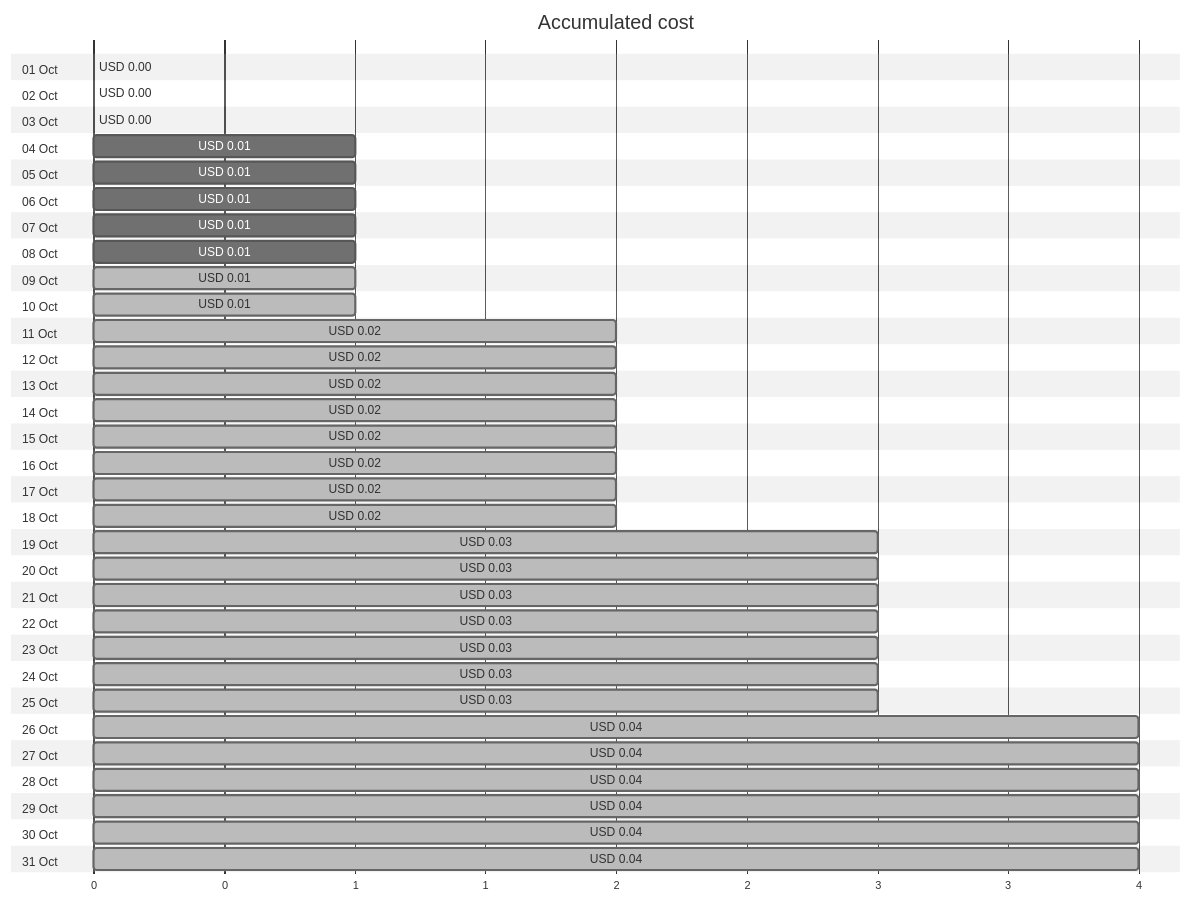
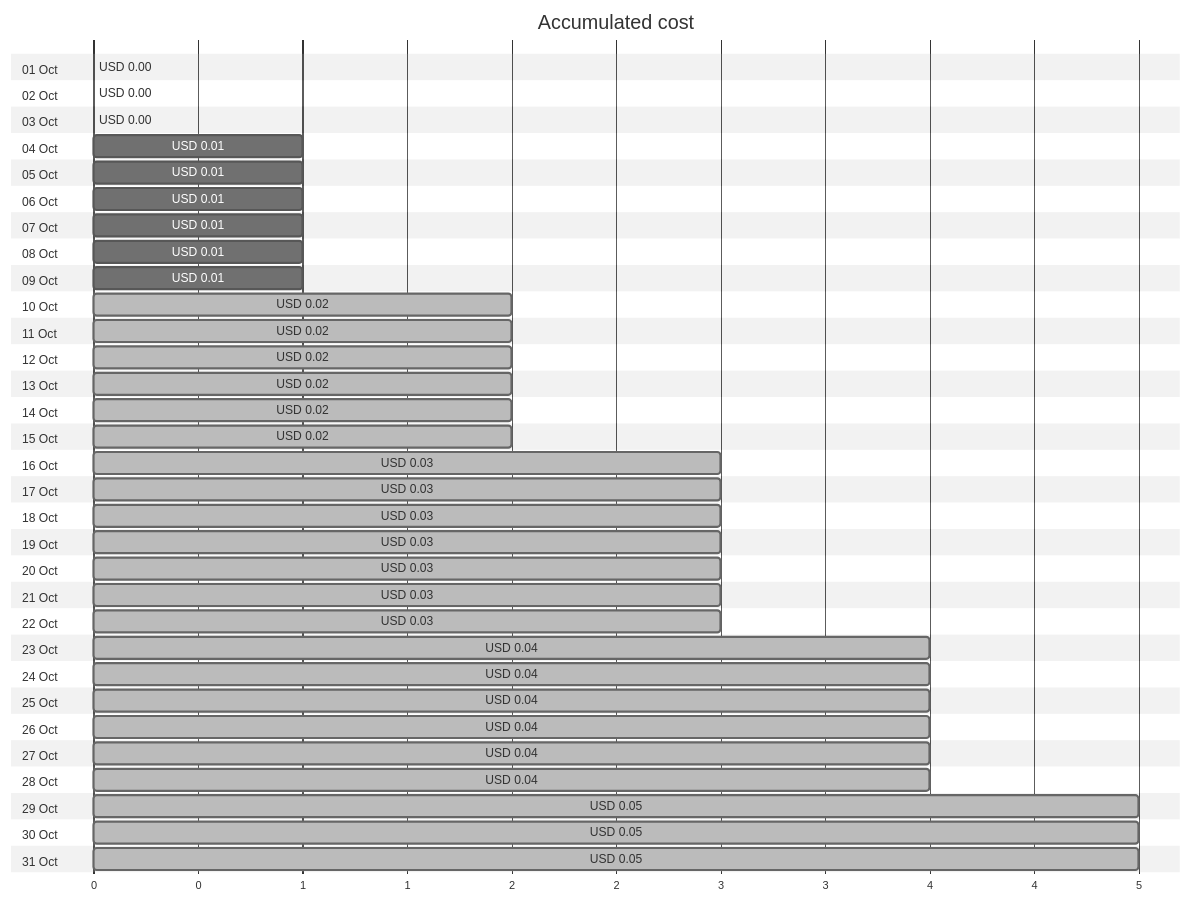
The first of 4 diagrams in cost-reports/personal-site/personalsiteapistorage.md (jpfulton/azure-personal-reports), drawn with Mermaid (neutral theme) before and after one commit. The commit also changed other lines of this file and 7 other files, not shown here.

````diff
--- a/cost-reports/personal-site/personalsiteapistorage.md
+++ b/cost-reports/personal-site/personalsiteapistorage.md
@@ -20,68 +20,68 @@
 ```mermaid
 gantt
    title Accumulated cost
    dateFormat  X
    axisFormat %s
    section 01 Oct
    USD 0.00 :0, 0
    section 02 Oct
    USD 0.00 :0, 0
    section 03 Oct
    USD 0.00 :0, 0
    section 04 Oct
    USD 0.01 :0, 1
    section 05 Oct
    USD 0.01 :0, 1
    section 06 Oct
    USD 0.01 :0, 1
    section 07 Oct
    USD 0.01 :0, 1
    section 08 Oct
    USD 0.01 :0, 1
    section 09 Oct
-   USD 0.01 : done, 0, 1
+   USD 0.01 :0, 1
    section 10 Oct
-   USD 0.01 : done, 0, 1
+   USD 0.02 : done, 0, 2
    section 11 Oct
    USD 0.02 : done, 0, 2
    section 12 Oct
    USD 0.02 : done, 0, 2
    section 13 Oct
    USD 0.02 : done, 0, 2
    section 14 Oct
    USD 0.02 : done, 0, 2
    section 15 Oct
    USD 0.02 : done, 0, 2
    section 16 Oct
-   USD 0.02 : done, 0, 2
+   USD 0.03 : done, 0, 3
    section 17 Oct
-   USD 0.02 : done, 0, 2
+   USD 0.03 : done, 0, 3
    section 18 Oct
-   USD 0.02 : done, 0, 2
+   USD 0.03 : done, 0, 3
    section 19 Oct
    USD 0.03 : done, 0, 3
    section 20 Oct
    USD 0.03 : done, 0, 3
    section 21 Oct
    USD 0.03 : done, 0, 3
    section 22 Oct
    USD 0.03 : done, 0, 3
    section 23 Oct
-   USD 0.03 : done, 0, 3
+   USD 0.04 : done, 0, 4
    section 24 Oct
-   USD 0.03 : done, 0, 3
+   USD 0.04 : done, 0, 4
    section 25 Oct
-   USD 0.03 : done, 0, 3
+   USD 0.04 : done, 0, 4
    section 26 Oct
    USD 0.04 : done, 0, 4
    section 27 Oct
    USD 0.04 : done, 0, 4
    section 28 Oct
    USD 0.04 : done, 0, 4
    section 29 Oct
-   USD 0.04 : done, 0, 4
+   USD 0.05 : done, 0, 5
    section 30 Oct
-   USD 0.04 : done, 0, 4
+   USD 0.05 : done, 0, 5
    section 31 Oct
-   USD 0.04 : done, 0, 4
+   USD 0.05 : done, 0, 5
 ```
````
